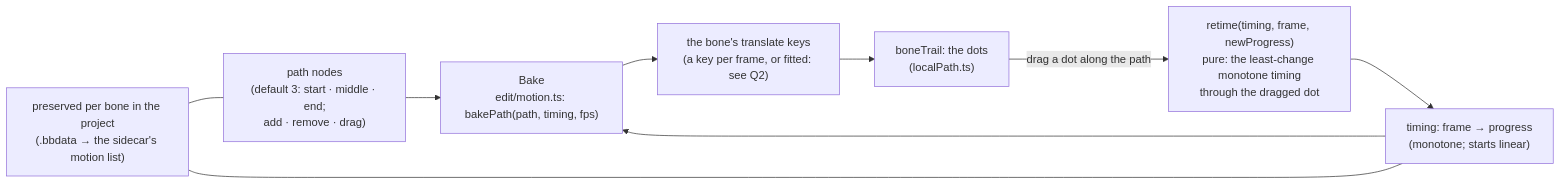
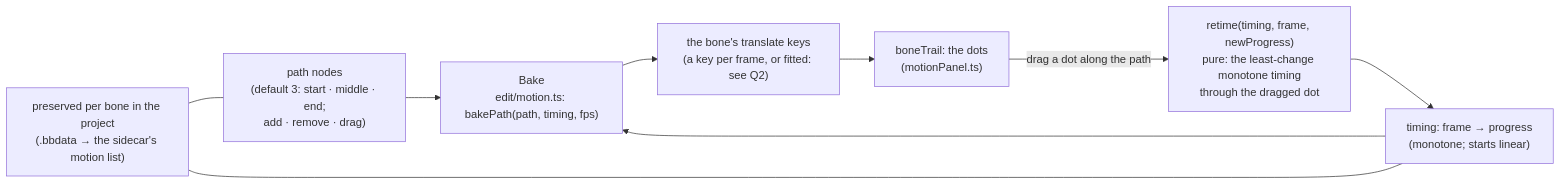
The diagram in Editor-BoneBurst-Src/docs/PATH-SPEED-PLAN.md (12pnp/M0-Animation-2D), drawn with Mermaid before and after one commit. The commit also changed other lines of this file and 19 other files, not shown here.

Commit message:
BoneBurst Editor v2: rename the Local Path panel to Motion Path

````diff
--- a/Editor-BoneBurst-Src/docs/PATH-SPEED-PLAN.md
+++ b/Editor-BoneBurst-Src/docs/PATH-SPEED-PLAN.md
@@ -17,11 +17,11 @@
 ```mermaid
 flowchart LR
     NODES["path nodes<br/>(default 3: start · middle · end;<br/>add · remove · drag)"] --> BAKE["Bake<br/>edit/motion.ts: bakePath(path, timing, fps)"]
     TIMING["timing: frame → progress<br/>(monotone; starts linear)"] --> BAKE
     BAKE --> KEYS["the bone's translate keys<br/>(a key per frame, or fitted: see Q2)"]
-    KEYS --> TRAIL["boneTrail: the dots<br/>(localPath.ts)"]
+    KEYS --> TRAIL["boneTrail: the dots<br/>(motionPanel.ts)"]
     TRAIL -->|"drag a dot along the path"| FIT["retime(timing, frame, newProgress)<br/>pure: the least-change monotone timing<br/>through the dragged dot"]
     FIT --> TIMING
     PRESERVED["preserved per bone in the project<br/>(.bbdata → the sidecar's motion list)"] --- NODES
     PRESERVED --- TIMING
 ```
````
